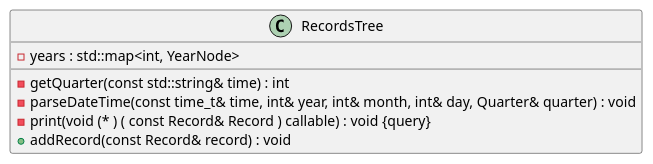
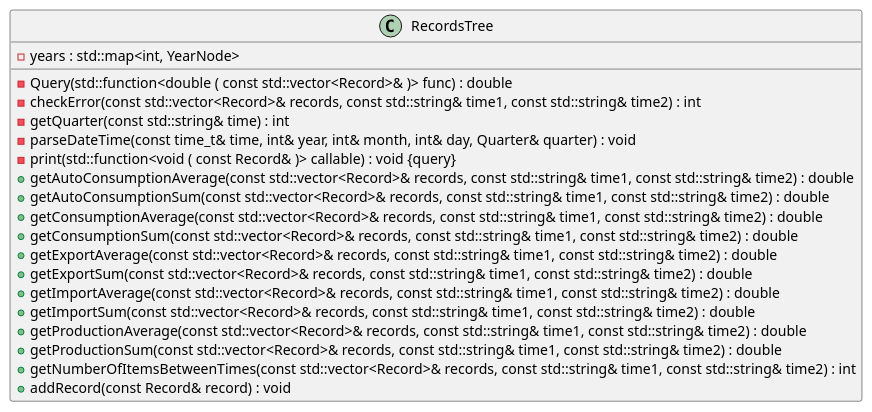
The third of 3 diagrams in inline_umlgraph_pnghtml.pu (MaciejWojs/CSV-Parser), drawn with PlantUML before and after one commit. The commit also changed other lines of this file and 75 other files, not shown here.

```diff
--- a/inline_umlgraph_pnghtml.pu
+++ b/inline_umlgraph_pnghtml.pu
@@ -24,10 +21,23 @@
 @startuml inline_umlgraph_5.png
 class RecordsTree {
+-Query(std::function<double ( const std::vector<Record>& )> func) : double
+-checkError(const std::vector<Record>& records, const std::string& time1, const std::string& time2) : int
 -getQuarter(const std::string& time) : int
 -years : std::map<int, YearNode>
 -parseDateTime(const time_t& time, int& year, int& month, int& day, Quarter& quarter) : void
--print(void (* ) ( const Record& Record ) callable) : void {query}
+-print(std::function<void ( const Record& )> callable) : void {query}
++getAutoConsumptionAverage(const std::vector<Record>& records, const std::string& time1, const std::string& time2) : double
++getAutoConsumptionSum(const std::vector<Record>& records, const std::string& time1, const std::string& time2) : double
++getConsumptionAverage(const std::vector<Record>& records, const std::string& time1, const std::string& time2) : double
++getConsumptionSum(const std::vector<Record>& records, const std::string& time1, const std::string& time2) : double
++getExportAverage(const std::vector<Record>& records, const std::string& time1, const std::string& time2) : double
++getExportSum(const std::vector<Record>& records, const std::string& time1, const std::string& time2) : double
++getImportAverage(const std::vector<Record>& records, const std::string& time1, const std::string& time2) : double
++getImportSum(const std::vector<Record>& records, const std::string& time1, const std::string& time2) : double
++getProductionAverage(const std::vector<Record>& records, const std::string& time1, const std::string& time2) : double
++getProductionSum(const std::vector<Record>& records, const std::string& time1, const std::string& time2) : double
++getNumberOfItemsBetweenTimes(const std::vector<Record>& records, const std::string& time1, const std::string& time2) : int
 +addRecord(const Record& record) : void
 
 }
 @enduml
```
